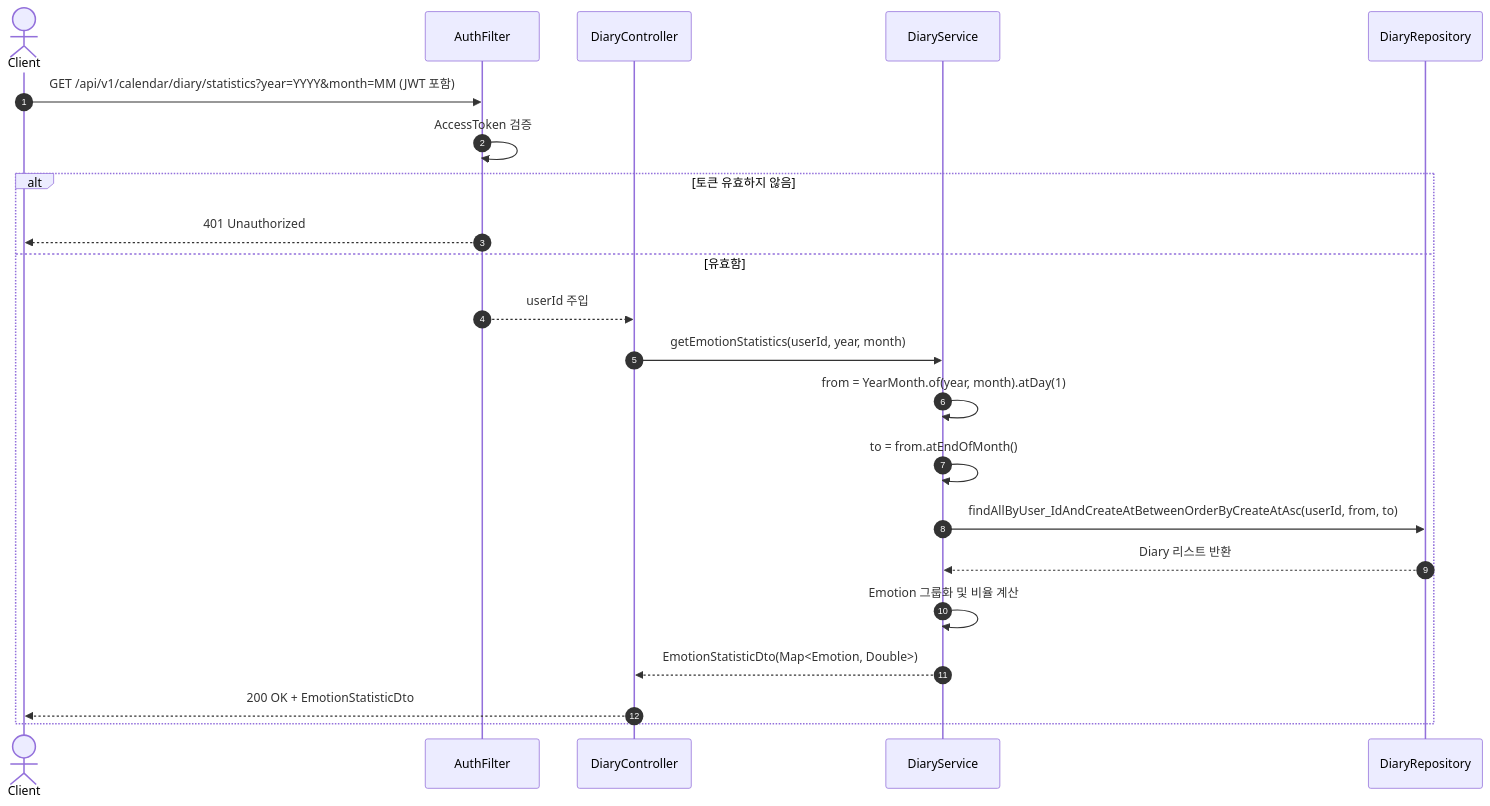
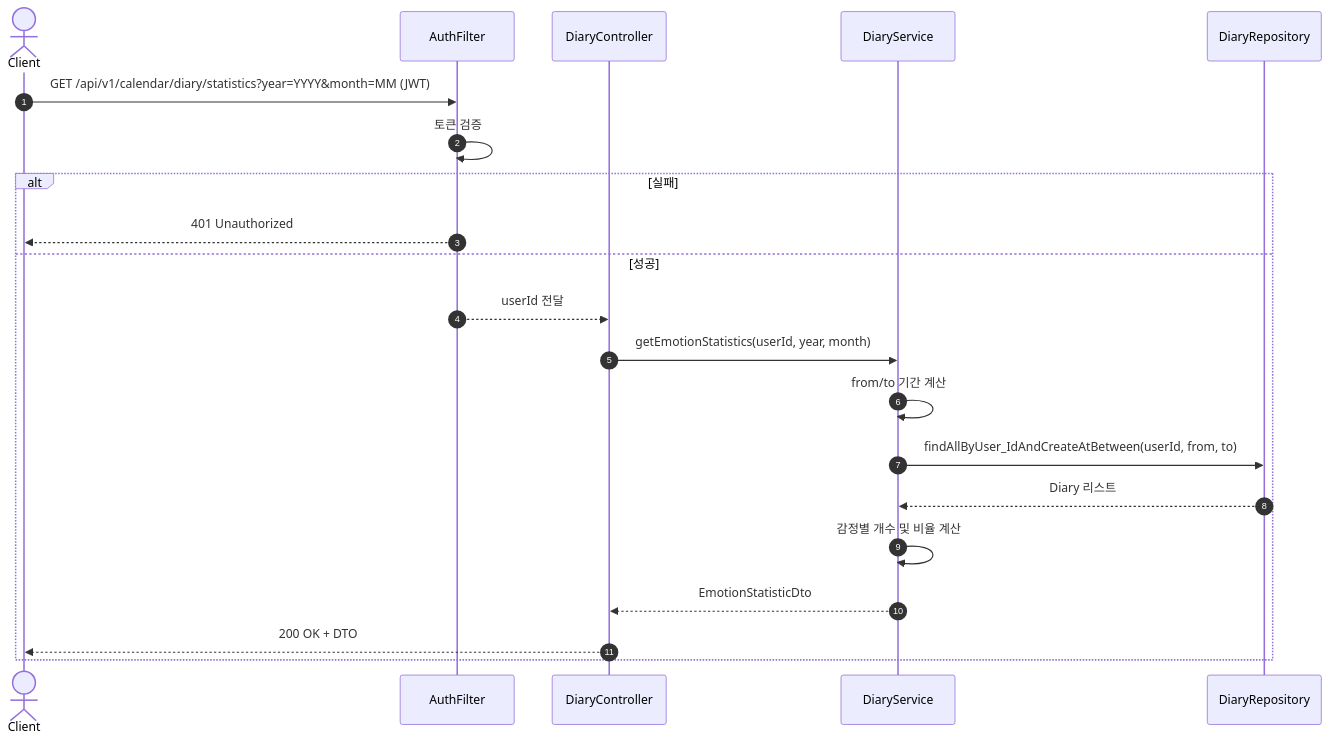
One commit to 2025-YU-SE-Project/Starlet_doc changed diagram 23 of 36 in SDS/4_Sequence_diagram.md. Above: the diagram before and after it, drawn with Mermaid. The commit also changed other lines of this file, not shown here.

Commit message:
[UPDATE] 시퀀스 다이어그램

````diff
--- a/SDS/4_Sequence_diagram.md
+++ b/SDS/4_Sequence_diagram.md
@@ -1734,25 +1692,25 @@
 ```mermaid
 sequenceDiagram
     autonumber
     actor Client as Client
     participant AF as AuthFilter
     participant DC as DiaryController
     participant DS as DiaryService
     participant DR as DiaryRepository
 
-    Client->>AF: GET /api/v1/calendar/diary/statistics?year=YYYY&month=MM (JWT 포함)
-    AF->>AF: AccessToken 검증
-    alt 토큰 유효하지 않음
+    Client->>AF: GET /api/v1/calendar/diary/statistics?year=YYYY&month=MM (JWT)
+    AF->>AF: 토큰 검증
+    alt 실패
         AF-->>Client: 401 Unauthorized
-    else 유효함
-        AF-->>DC: userId 주입
+    else 성공
+        AF-->>DC: userId 전달
         DC->>DS: getEmotionStatistics(userId, year, month)
-        DS->>DS: from = YearMonth.of(year, month).atDay(1)
-        DS->>DS: to = from.atEndOfMonth()
-        DS->>DR: findAllByUser_IdAndCreateAtBetweenOrderByCreateAtAsc(userId, from, to)
-        DR-->>DS: Diary 리스트 반환
-        DS->>DS: Emotion 그룹화 및 비율 계산
-        DS-->>DC: EmotionStatisticDto(Map<Emotion, Double>)
-        DC-->>Client: 200 OK + EmotionStatisticDto
+        DS->>DS: from/to 기간 계산
+        DS->>DR: findAllByUser_IdAndCreateAtBetween(userId, from, to)
+        DR-->>DS: Diary 리스트
+        DS->>DS: 감정별 개수 및 비율 계산
+        DS-->>DC: EmotionStatisticDto
+        DC-->>Client: 200 OK + DTO
     end
+
 ```
````
